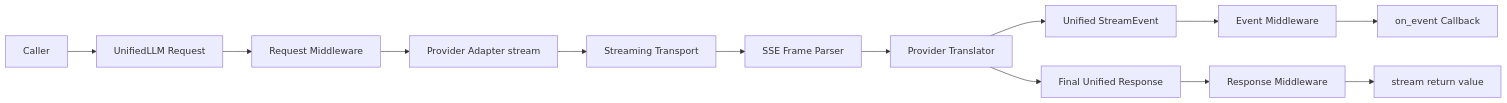
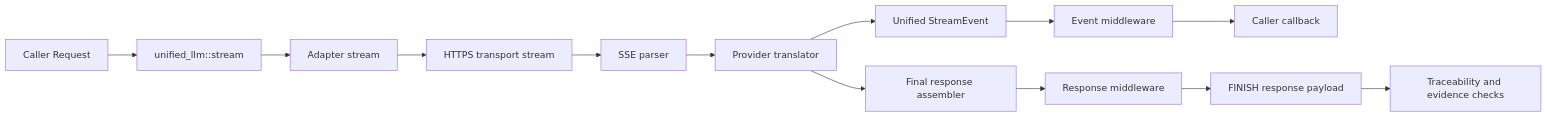
One commit to jaytaylor/attractor-tcl changed the fourth of 5 diagrams in docs/sprints/SPRINT-005-comprehensive-implementation-plan.md. Above: the diagram before and after it, drawn with Mermaid. The commit also changed other lines of this file, not shown here.

Commit message:
docs(sprint-005): mark comprehensive plan executed with fresh evidence matrix

````diff
--- a/docs/sprints/SPRINT-005-comprehensive-implementation-plan.md
+++ b/docs/sprints/SPRINT-005-comprehensive-implementation-plan.md
@@ -1089,15 +1898,15 @@
 ```mermaid
 flowchart LR
-  U[Caller] --> R[UnifiedLLM Request]
-  R --> M1[Request Middleware]
-  M1 --> AD[Provider Adapter stream]
-  AD --> TR[Streaming Transport]
-  TR --> SSE[SSE Frame Parser]
-  SSE --> TX[Provider Translator]
-  TX --> EV[Unified StreamEvent]
-  EV --> M2[Event Middleware]
-  M2 --> CB[on_event Callback]
-  TX --> FR[Final Unified Response]
-  FR --> M3[Response Middleware]
-  M3 --> OUT[stream return value]
+  A[Caller Request] --> B[unified_llm::stream]
+  B --> C[Adapter stream]
+  C --> D[HTTPS transport stream]
+  D --> E[SSE parser]
+  E --> F[Provider translator]
+  F --> G[Unified StreamEvent]
+  G --> H[Event middleware]
+  H --> I[Caller callback]
+  F --> J[Final response assembler]
+  J --> K[Response middleware]
+  K --> L[FINISH response payload]
+  L --> M[Traceability and evidence checks]
 ```
````
